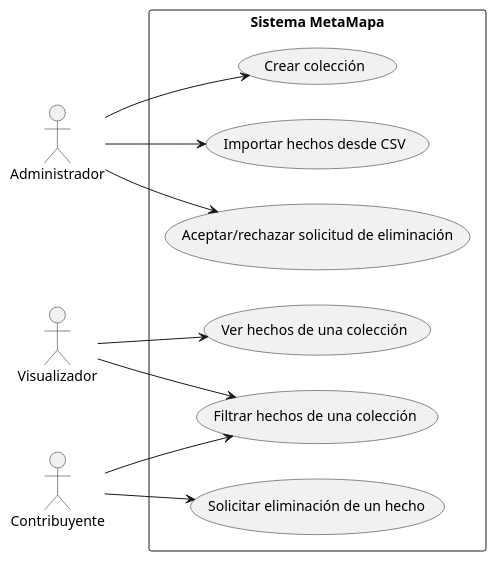
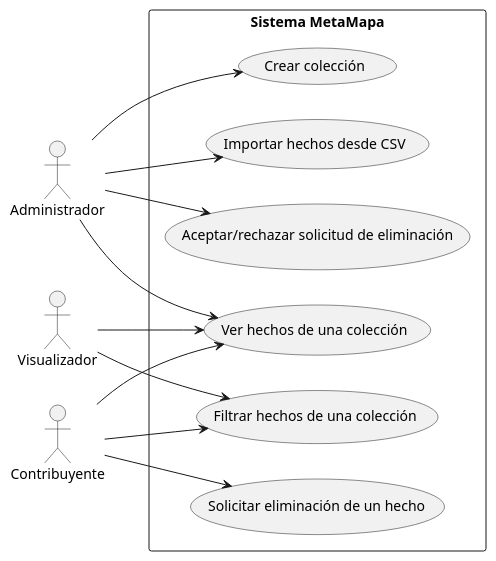
The diagram in CasosDeUso.puml (nicofernandez17/backend-arquitectura-limpia), drawn with PlantUML before and after one commit. The commit also changed 15 other files, not shown here.

```diff
--- a/CasosDeUso.puml
+++ b/CasosDeUso.puml
@@ -1,34 +1,35 @@
 @startuml
 left to right direction
 skinparam packageStyle rectangle
 
 actor Administrador
 actor Visualizador
 actor Contribuyente
 
 rectangle "Sistema MetaMapa" {
 
     usecase "Crear colección" as UC1
     usecase "Importar hechos desde CSV" as UC2
     usecase "Ver hechos de una colección" as UC3
     usecase "Filtrar hechos de una colección" as UC4
     usecase "Solicitar eliminación de un hecho" as UC5
     usecase "Aceptar/rechazar solicitud de eliminación" as UC6
 
     Administrador --> UC1
     Administrador --> UC2
     Administrador --> UC6
+    Administrador --> UC3
 
     Visualizador --> UC3
     Visualizador --> UC4
 
 /'    Visualizador --> UC5'/
 
     Contribuyente --> UC4
     Contribuyente --> UC5
-
+    Contribuyente --> UC3
 /'El contribuyente puede solicitar la eliminacion de un hecho
 si bien el visualizador puede llegar a ser un contribuyente, no lo es hasta que no contribuya'/
 }
 
 @enduml
```
